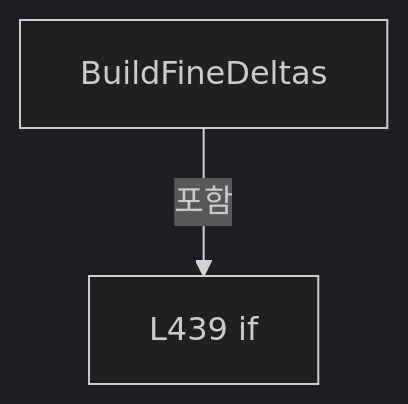
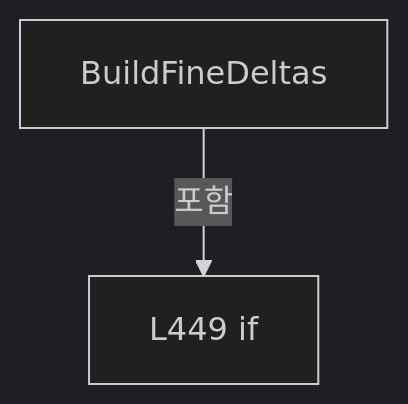
One commit to kjuws10-rgb/Shared changed the seventh of 18 diagrams in A3 LD Code Ref/files/Drilling.UI/Menu/Menus/CMenuCorrection.ReviewData.Offset.cs.md. Above: the diagram before and after it, drawn with Mermaid (dark theme). The commit also changed other lines of this file and 2071 other files, not shown here.

Commit message:
docs(a3): update 11.19.0 architecture and code reference

````diff
--- a/A3 LD Code Ref/files/Drilling.UI/Menu/Menus/CMenuCorrection.ReviewData.Offset.cs.md
+++ b/A3 LD Code Ref/files/Drilling.UI/Menu/Menus/CMenuCorrection.ReviewData.Offset.cs.md
@@ -1276,6 +1280,6 @@
 ```mermaid
 flowchart TD
  M["BuildFineDeltas"]
- N0["L439 if"]
+ N0["L449 if"]
  M -->|포함| N0
 ```
````
